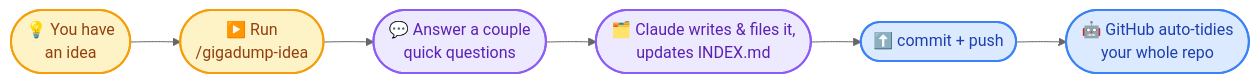
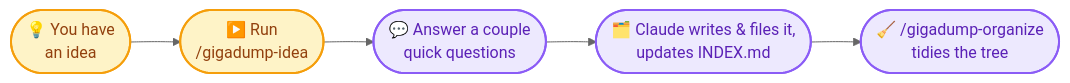
One commit to GigaFlow-AI-Incorporated/gigadump changed the diagram in README.md. Above: the diagram before and after it, drawn with Mermaid (neutral theme). The commit also changed other lines of this file and 9 other files, not shown here.

First line of the commit message:
feat: drop CI organizer, add in-session /gigadump-organize

````diff
--- a/README.md
+++ b/README.md
@@ -9,16 +10,13 @@
 ```mermaid
 flowchart LR
     A(["💡 You have<br/>an idea"]) --> B(["▶️ Run<br/>/gigadump-idea"])
     B --> C(["💬 Answer a couple<br/>quick questions"])
     C --> D(["🗂️ Claude writes & files it,<br/>updates INDEX.md"])
-    D --> E(["⬆️ commit + push"])
-    E --> F(["🤖 GitHub auto-tidies<br/>your whole repo"])
+    D --> E(["🧹 /gigadump-organize<br/>tidies the tree"])
 
     classDef you fill:#FEF3C7,stroke:#F59E0B,stroke-width:2px,color:#92400E,rx:8,ry:8;
     classDef claude fill:#EDE9FE,stroke:#8B5CF6,stroke-width:2px,color:#5B21B6,rx:8,ry:8;
-    classDef git fill:#DBEAFE,stroke:#3B82F6,stroke-width:2px,color:#1E40AF,rx:8,ry:8;
 
     class A,B you
-    class C,D claude
-    class E,F git
+    class C,D,E claude
 ```
````
